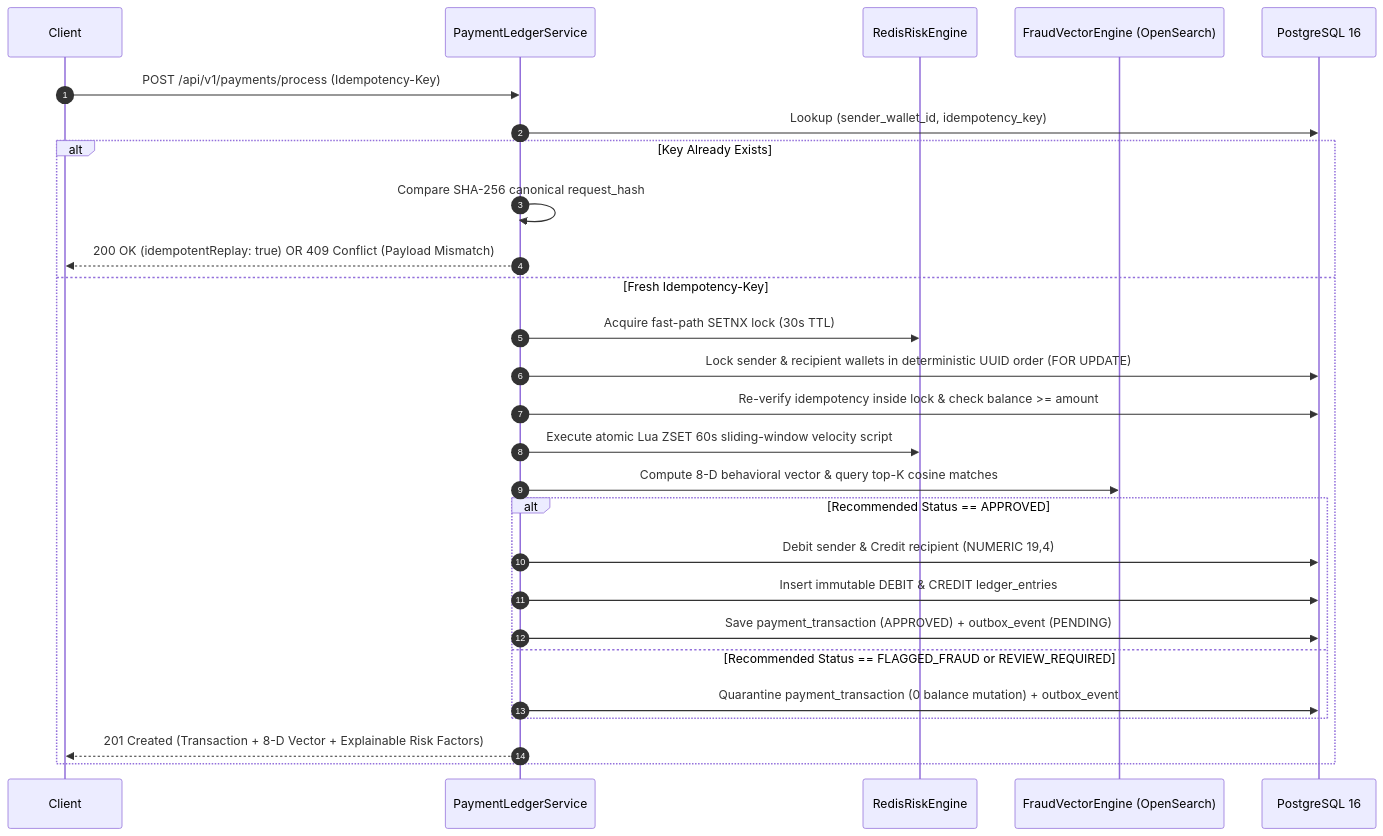
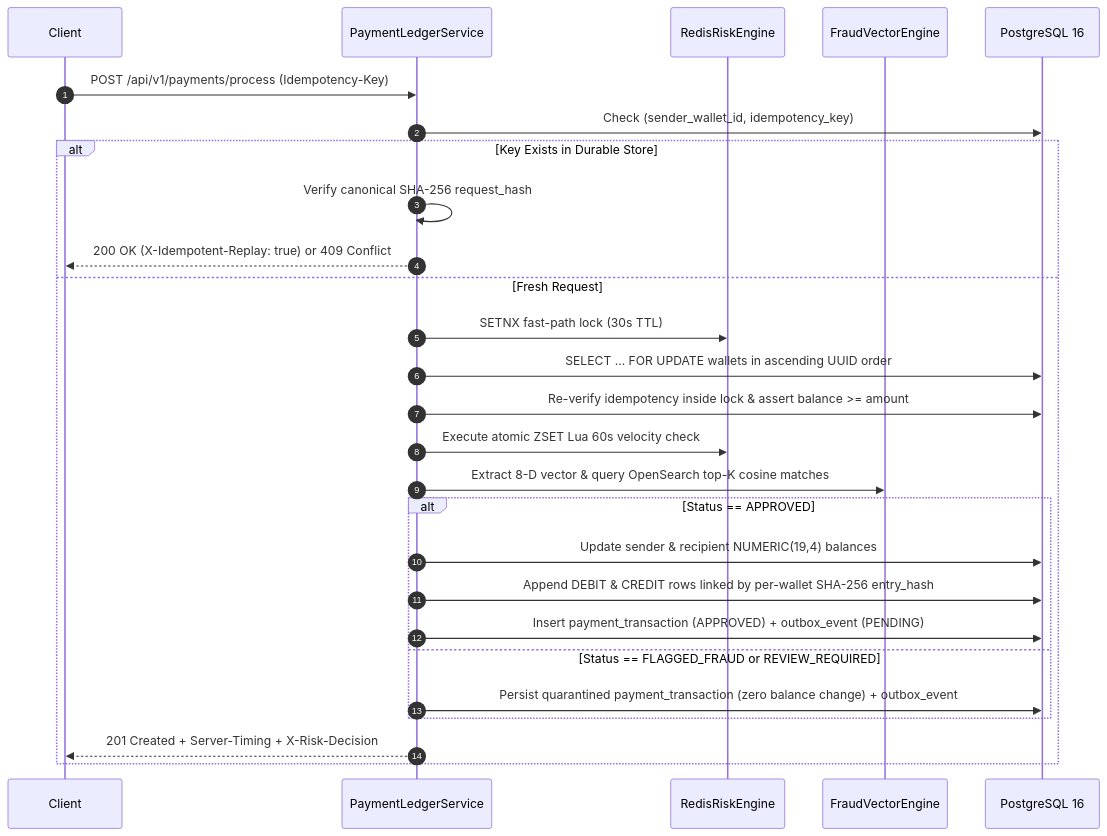
One commit to Shivampal157/PayShield-AI changed the second of 3 diagrams in README.md. Above: the diagram before and after it, drawn with Mermaid. The commit also changed other lines of this file and 25 other files, not shown here.

Commit message:
feat(ledger,telemetry): add SHA-256 wallet hash chain, Micrometer percentiles, DLT replay, and institutional console

````diff
--- a/README.md
+++ b/README.md
@@ -114,30 +98,30 @@
 ```mermaid
 sequenceDiagram
     autonumber
-    participant C as Client
-    participant P as PaymentLedgerService
-    participant R as RedisRiskEngine
-    participant V as FraudVectorEngine (OpenSearch)
-    participant DB as PostgreSQL 16
+    participant Client
+    participant Ledger as PaymentLedgerService
+    participant Redis as RedisRiskEngine
+    participant Vector as FraudVectorEngine
+    participant PG as PostgreSQL 16
 
-    C->>P: POST /api/v1/payments/process (Idempotency-Key)
-    P->>DB: Lookup (sender_wallet_id, idempotency_key)
-    alt Key Already Exists
-        P->>P: Compare SHA-256 canonical request_hash
-        P-->>C: 200 OK (idempotentReplay: true) OR 409 Conflict (Payload Mismatch)
-    else Fresh Idempotency-Key
-        P->>R: Acquire fast-path SETNX lock (30s TTL)
-        P->>DB: Lock sender & recipient wallets in deterministic UUID order (FOR UPDATE)
-        P->>DB: Re-verify idempotency inside lock & check balance >= amount
-        P->>R: Execute atomic Lua ZSET 60s sliding-window velocity script
-        P->>V: Compute 8-D behavioral vector & query top-K cosine matches
-        alt Recommended Status == APPROVED
-            P->>DB: Debit sender & Credit recipient (NUMERIC 19,4)
-            P->>DB: Insert immutable DEBIT & CREDIT ledger_entries
-            P->>DB: Save payment_transaction (APPROVED) + outbox_event (PENDING)
-        else Recommended Status == FLAGGED_FRAUD or REVIEW_REQUIRED
-            P->>DB: Quarantine payment_transaction (0 balance mutation) + outbox_event
+    Client->>Ledger: POST /api/v1/payments/process (Idempotency-Key)
+    Ledger->>PG: Check (sender_wallet_id, idempotency_key)
+    alt Key Exists in Durable Store
+        Ledger->>Ledger: Verify canonical SHA-256 request_hash
+        Ledger-->>Client: 200 OK (X-Idempotent-Replay: true) or 409 Conflict
+    else Fresh Request
+        Ledger->>Redis: SETNX fast-path lock (30s TTL)
+        Ledger->>PG: SELECT ... FOR UPDATE wallets in ascending UUID order
+        Ledger->>PG: Re-verify idempotency inside lock & assert balance >= amount
+        Ledger->>Redis: Execute atomic ZSET Lua 60s velocity check
+        Ledger->>Vector: Extract 8-D vector & query OpenSearch top-K cosine matches
+        alt Status == APPROVED
+            Ledger->>PG: Update sender & recipient NUMERIC(19,4) balances
+            Ledger->>PG: Append DEBIT & CREDIT rows linked by per-wallet SHA-256 entry_hash
+            Ledger->>PG: Insert payment_transaction (APPROVED) + outbox_event (PENDING)
+        else Status == FLAGGED_FRAUD or REVIEW_REQUIRED
+            Ledger->>PG: Persist quarantined payment_transaction (zero balance change) + outbox_event
         end
-        P-->>C: 201 Created (Transaction + 8-D Vector + Explainable Risk Factors)
+        Ledger-->>Client: 201 Created + Server-Timing + X-Risk-Decision
     end
 ```
````
